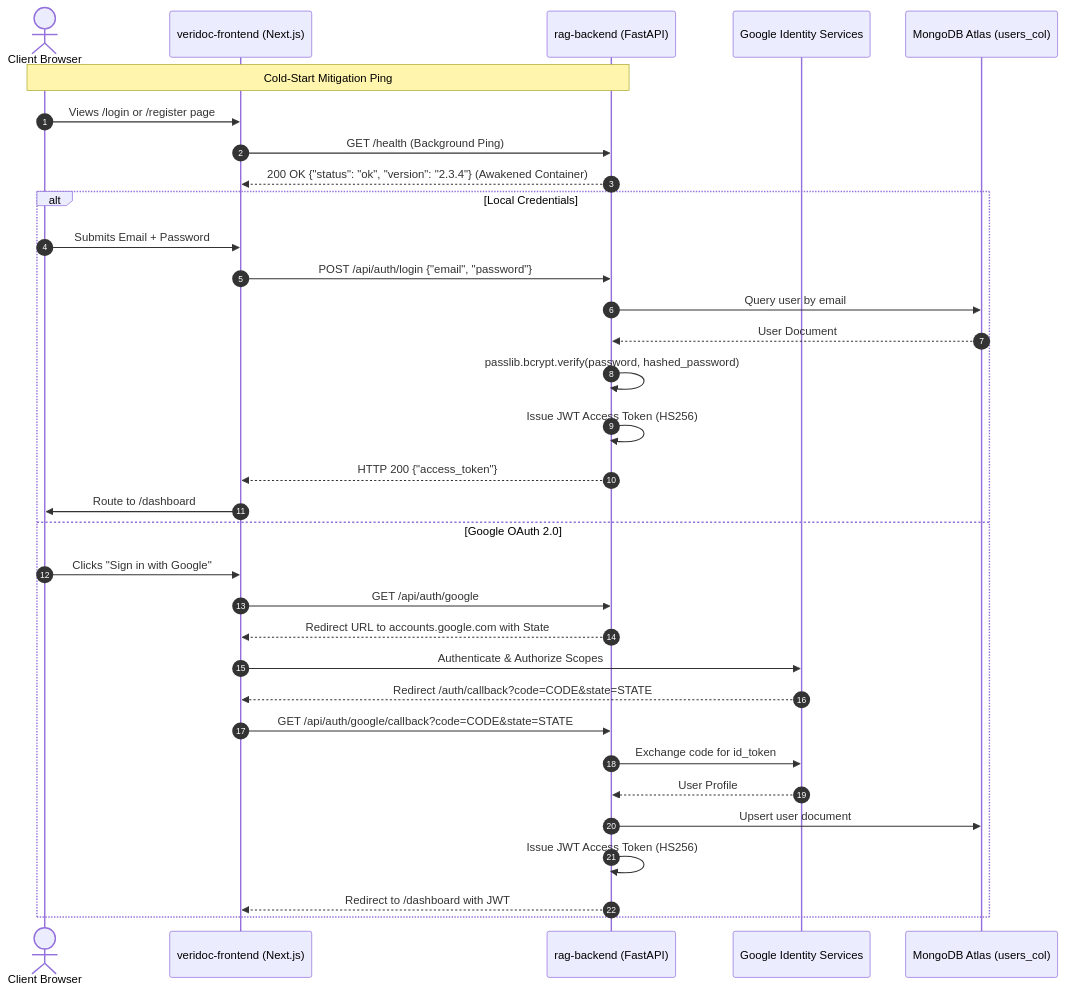
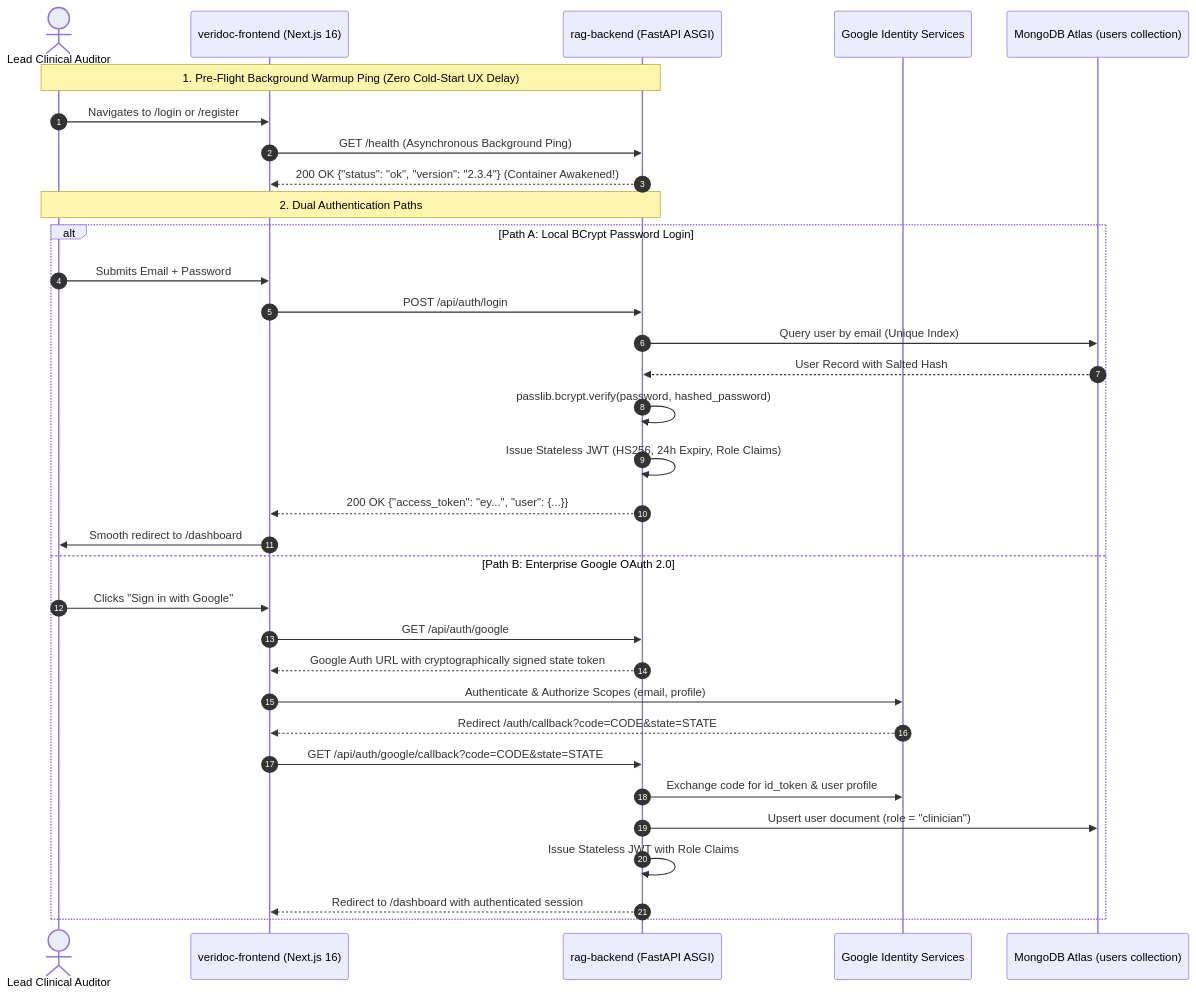
One commit to tejakarthik657/chat_doc changed the diagram in docs/15_AUTHENTICATION_OAUTH_AND_SECURITY_GATEWAY.md. Above: the diagram before and after it, drawn with Mermaid. The commit also changed other lines of this file and 78 other files, not shown here.

Commit message:
feat(architecture): implement multi-tenant hospital identity and patient resolution architecture with HL7 FHIR v4, SMART OAuth, and MPI

````diff
--- a/docs/15_AUTHENTICATION_OAUTH_AND_SECURITY_GATEWAY.md
+++ b/docs/15_AUTHENTICATION_OAUTH_AND_SECURITY_GATEWAY.md
@@ -5,37 +17,37 @@
 ```mermaid
 sequenceDiagram
     autonumber
-    actor User as Client Browser
-    participant FE as veridoc-frontend (Next.js)
-    participant API as rag-backend (FastAPI)
+    actor Clinician as Lead Clinical Auditor
+    participant FE as veridoc-frontend (Next.js 16)
+    participant API as rag-backend (FastAPI ASGI)
     participant Google as Google Identity Services
-    participant DB as MongoDB Atlas (users_col)
+    participant DB as MongoDB Atlas (users collection)
 
-    Note over User,API: Cold-Start Mitigation Ping
-    User->>FE: Views /login or /register page
-    FE->>API: GET /health (Background Ping)
-    API-->>FE: 200 OK {"status": "ok", "version": "2.3.4"} (Awakened Container)
+    Note over Clinician,API: 1. Pre-Flight Background Warmup Ping (Zero Cold-Start UX Delay)
+    Clinician->>FE: Navigates to /login or /register
+    FE->>API: GET /health (Asynchronous Background Ping)
+    API-->>FE: 200 OK {"status": "ok", "version": "2.3.4"} (Container Awakened!)
 
-    alt Local Credentials
-        User->>FE: Submits Email + Password
-        FE->>API: POST /api/auth/login {"email", "password"}
-        API->>DB: Query user by email
-        DB-->>API: User Document
+    Note over Clinician,API: 2. Dual Authentication Paths
+    alt Path A: Local BCrypt Password Login
+        Clinician->>FE: Submits Email + Password
+        FE->>API: POST /api/auth/login
+        API->>DB: Query user by email (Unique Index)
+        DB-->>API: User Record with Salted Hash
         API->>API: passlib.bcrypt.verify(password, hashed_password)
-        API->>API: Issue JWT Access Token (HS256)
-        API-->>FE: HTTP 200 {"access_token"}
-        FE->>User: Route to /dashboard
-    else Google OAuth 2.0
-        User->>FE: Clicks "Sign in with Google"
+        API->>API: Issue Stateless JWT (HS256, 24h Expiry, Role Claims)
+        API-->>FE: 200 OK {"access_token": "ey...", "user": {...}}
+        FE->>Clinician: Smooth redirect to /dashboard
+    else Path B: Enterprise Google OAuth 2.0
+        Clinician->>FE: Clicks "Sign in with Google"
         FE->>API: GET /api/auth/google
-        API-->>FE: Redirect URL to accounts.google.com with State
-        FE->>Google: Authenticate & Authorize Scopes
+        API-->>FE: Google Auth URL with cryptographically signed state token
+        FE->>Google: Authenticate & Authorize Scopes (email, profile)
         Google-->>FE: Redirect /auth/callback?code=CODE&state=STATE
         FE->>API: GET /api/auth/google/callback?code=CODE&state=STATE
-        API->>Google: Exchange code for id_token
-        Google-->>API: User Profile
-        API->>DB: Upsert user document
-        API->>API: Issue JWT Access Token (HS256)
-        API-->>FE: Redirect to /dashboard with JWT
+        API->>Google: Exchange code for id_token & user profile
+        API->>DB: Upsert user document (role = "clinician")
+        API->>API: Issue Stateless JWT with Role Claims
+        API-->>FE: Redirect to /dashboard with authenticated session
     end
 ```
````
